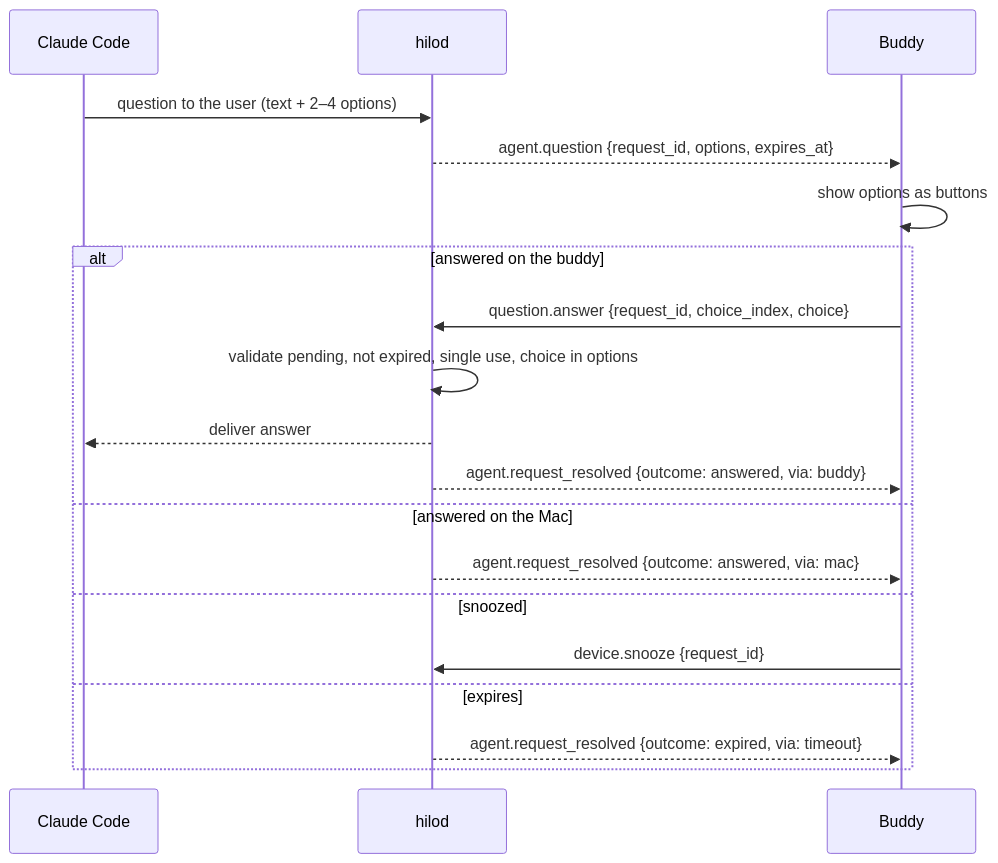
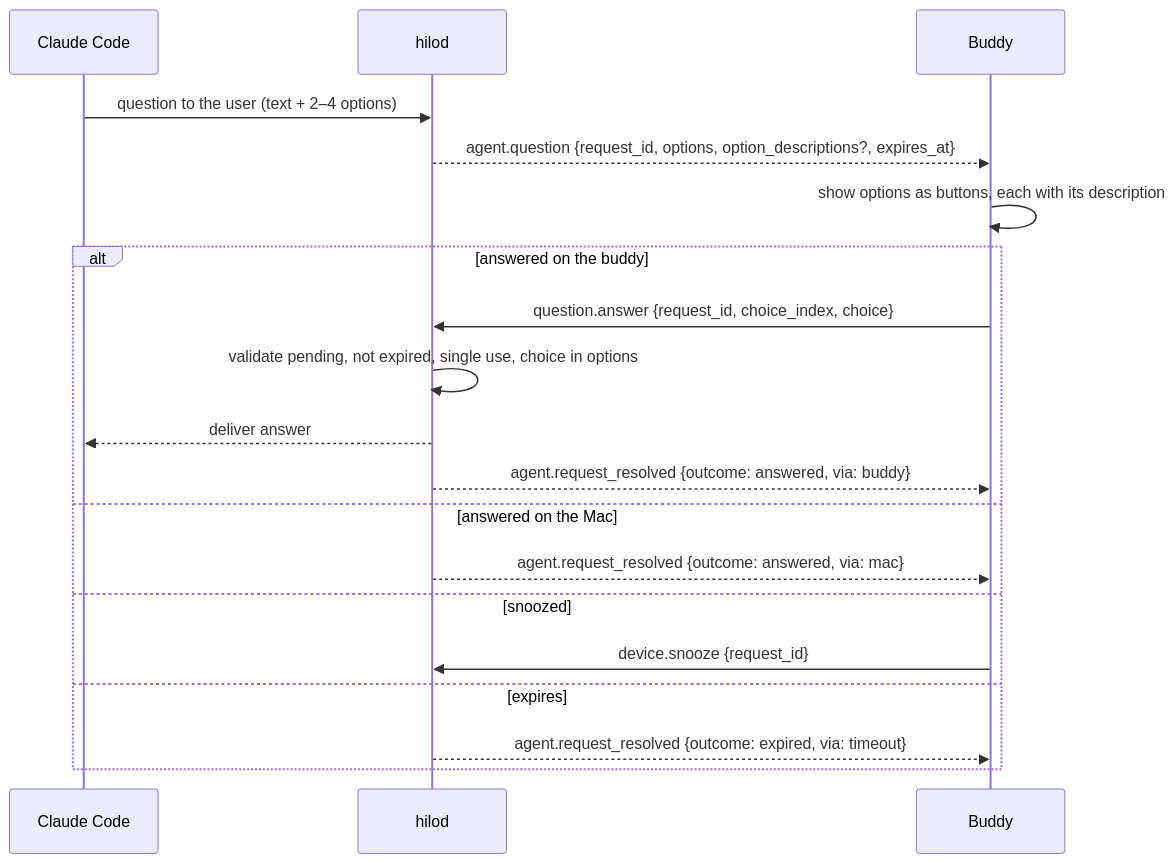
One commit to jaycorpstudios/clawd-body changed the diagram in docs/flows/question-flow.md. Above: the diagram before and after it, drawn with Mermaid. The commit also changed 40 other files, not shown here.

First line of the commit message:
buddy, hilod, hilo: a long command travels whole in detail_full and stays approvable up to 2000 characters, questions show option descriptions, and the Pomodoro starts Work or Break by choice; terminal-answer signals verified on a real Claude Code session (dogfooding session B, items 4 and 5)

````diff
--- a/docs/flows/question-flow.md
+++ b/docs/flows/question-flow.md
@@ -3,22 +3,22 @@
 ```mermaid
 sequenceDiagram
     participant CC as Claude Code
     participant D as hilod
     participant B as Buddy
 
     CC->>D: question to the user (text + 2–4 options)
-    D-->>B: agent.question {request_id, options, expires_at}
-    B->>B: show options as buttons
+    D-->>B: agent.question {request_id, options, option_descriptions?, expires_at}
+    B->>B: show options as buttons, each with its description
     alt answered on the buddy
         B->>D: question.answer {request_id, choice_index, choice}
         D->>D: validate pending, not expired, single use, choice in options
         D-->>CC: deliver answer
         D-->>B: agent.request_resolved {outcome: answered, via: buddy}
     else answered on the Mac
         D-->>B: agent.request_resolved {outcome: answered, via: mac}
     else snoozed
         B->>D: device.snooze {request_id}
     else expires
         D-->>B: agent.request_resolved {outcome: expired, via: timeout}
     end
 ```
````
